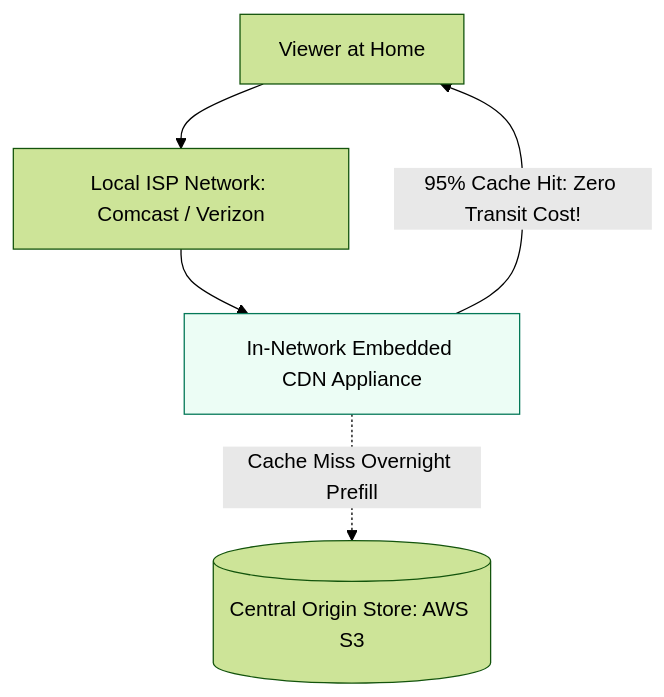
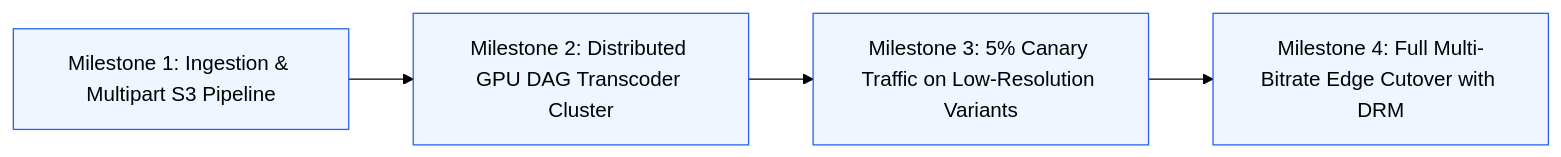
The fourth of 4 diagrams in 05-real-world-case-studies/03-video-streaming-platform.md (kvai9826/system-design-for-program-managers), drawn with Mermaid (forest theme) before and after one commit. The commit also changed other lines of this file and 30 other files, not shown here.

````diff
--- a/05-real-world-case-studies/03-video-streaming-platform.md
+++ b/05-real-world-case-studies/03-video-streaming-platform.md
@@ -132,10 +245,9 @@
 ```mermaid
-flowchart TD
-    UserHome[Viewer at Home] --> ISP[Local ISP Network: Comcast / Verizon]
-    ISP --> OpenConnect[In-Network Embedded CDN Appliance]
-    OpenConnect -->|95% Cache Hit: Zero Transit Cost!| UserHome
-    OpenConnect -.->|Cache Miss Overnight Prefill| AWSOrigin[(Central Origin Store: AWS S3)]
+flowchart LR
+    T1[Milestone 1: Ingestion & Multipart S3 Pipeline] --> T2[Milestone 2: Distributed GPU DAG Transcoder Cluster]
+    T2 --> T3[Milestone 3: 5% Canary Traffic on Low-Resolution Variants]
+    T3 --> T4[Milestone 4: Full Multi-Bitrate Edge Cutover with DRM]
 
-    classDef cdn fill:#ecfdf5,stroke:#047857,stroke-width:1px;
-    class OpenConnect cdn;
+    classDef tStyle fill:#eff6ff,stroke:#2563eb,stroke-width:1px;
+    class T1,T2,T3,T4 tStyle;
 ```
````
